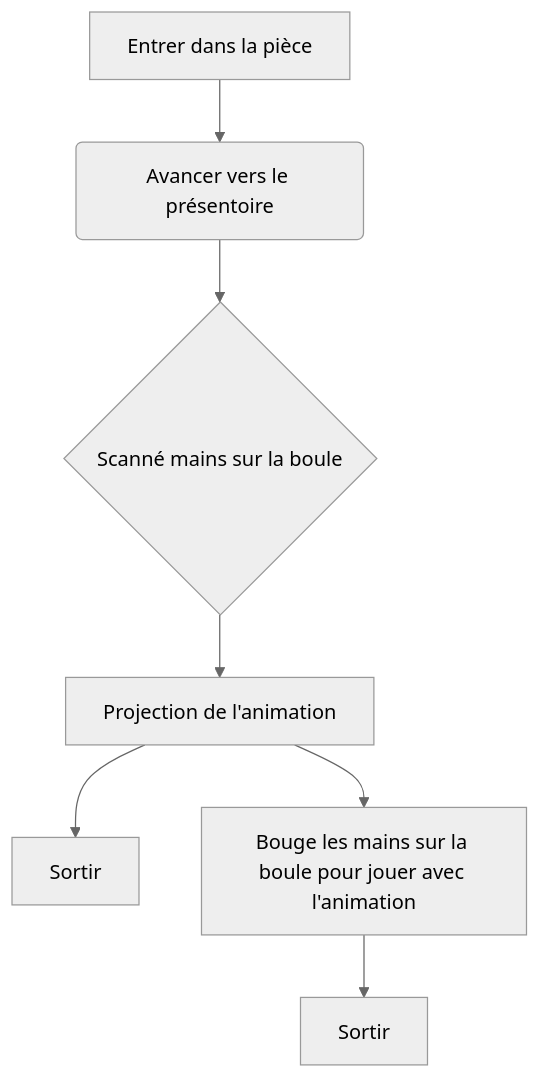
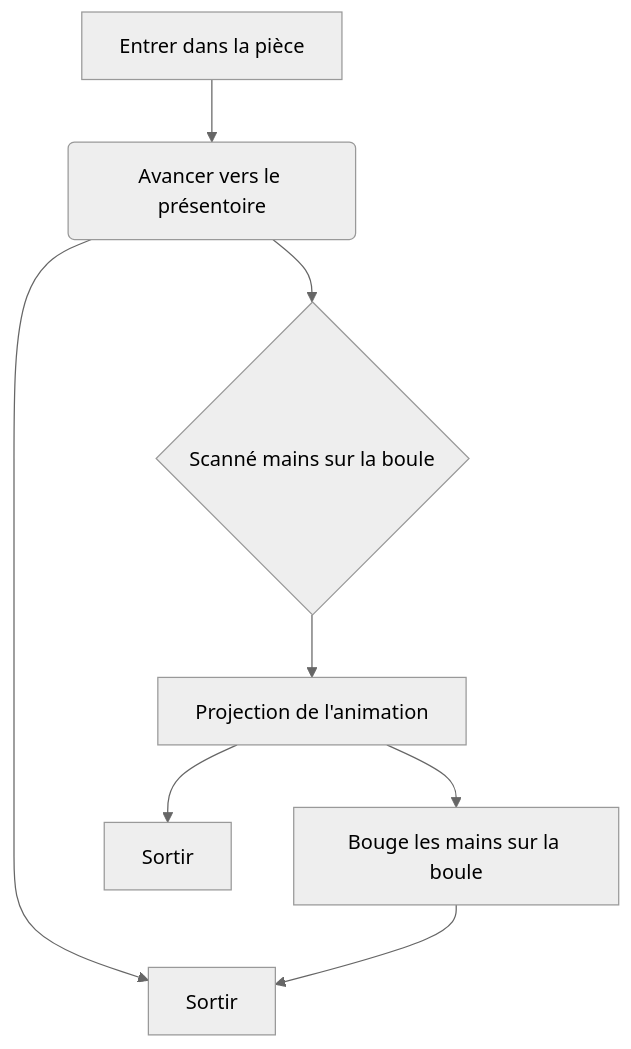
The diagram in README.md (Sitmonternna/scenariser_interactif), drawn with Mermaid (neutral theme) before and after one commit.

````diff
--- a/README.md
+++ b/README.md
@@ -15,9 +15,9 @@
 ```mermaid
 flowchart TD
-   A[Entrer dans la pièce] --> B(Avancer vers le présentoire)
+   A[Entrer dans la pièce] --> B(Avancer vers le présentoire) -->G[Sortir]
     B --> C{Scanné mains sur la boule}
     C -->D[Projection de l'animation]
     D -->F[Sortir]
-    D -->E[Bouge les mains sur la boule pour jouer avec l'animation]
+    D -->E[Bouge les mains sur la boule]
     E -->G[Sortir]
 ```
````
